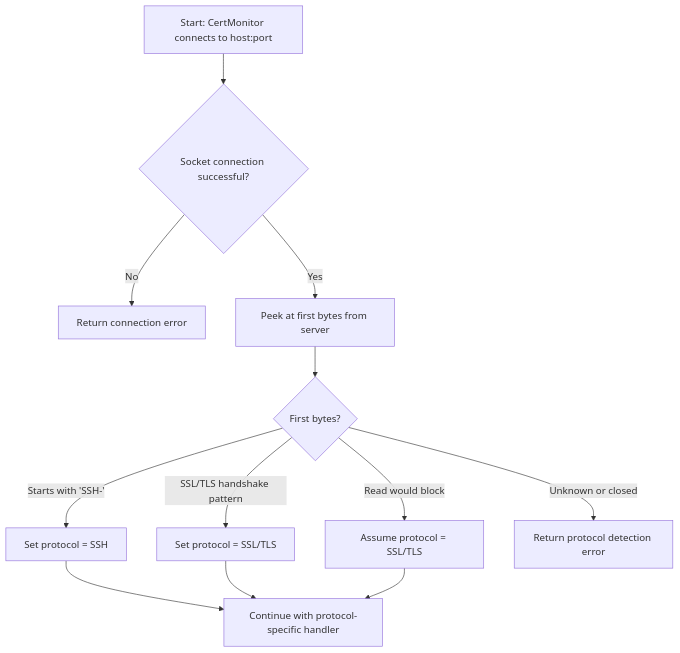
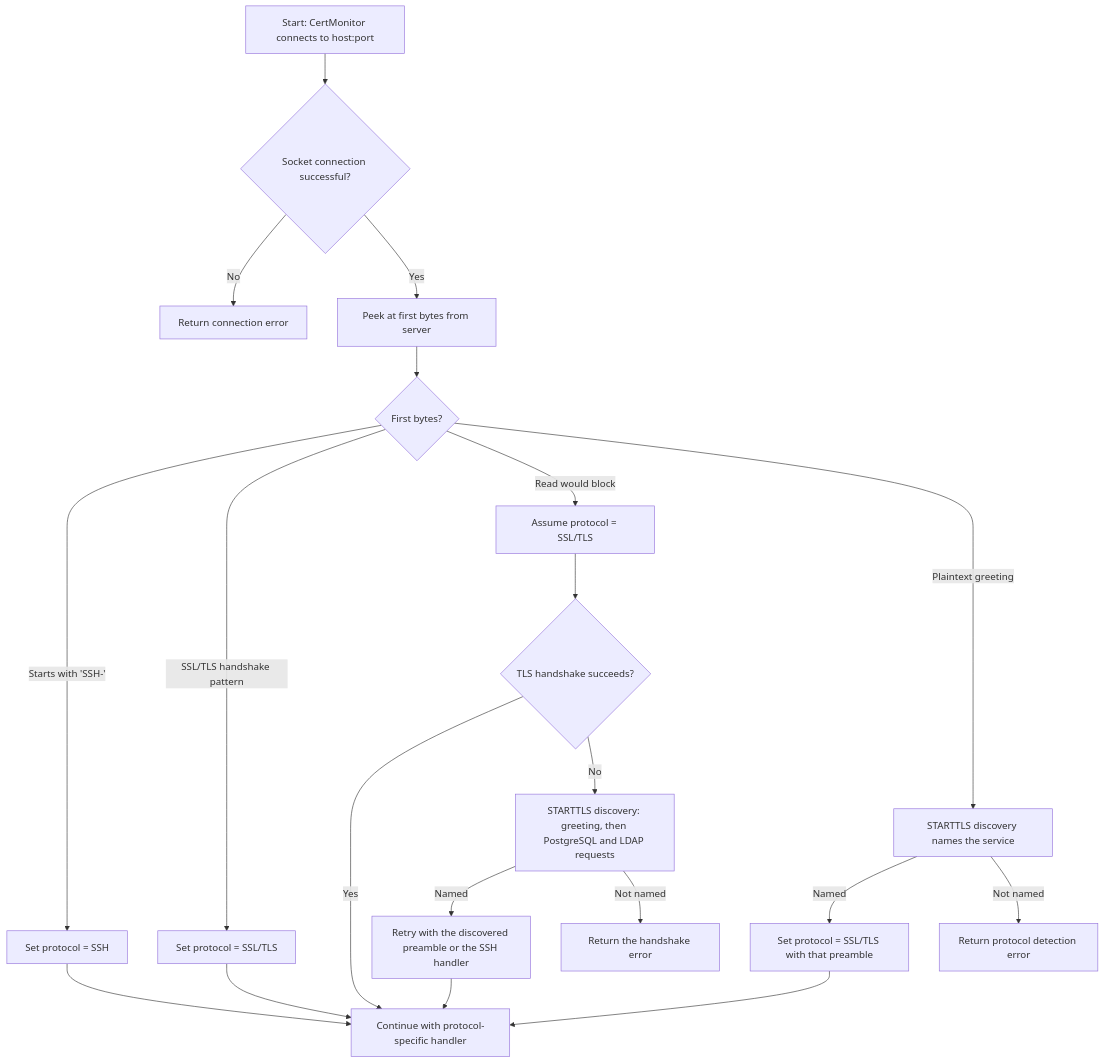
The first of 2 diagrams in docs/usage/protocol.md (bradh11/certmonitor), drawn with Mermaid before and after one commit. The commit also changed other lines of this file and 11 other files, not shown here.

````diff
--- a/docs/usage/protocol.md
+++ b/docs/usage/protocol.md
@@ -26,12 +31,19 @@
 ```mermaid
 flowchart TD
     A[Start: CertMonitor connects to host:port] --> B{Socket connection successful?}
     B -- No --> E[Return connection error]
     B -- Yes --> C[Peek at first bytes from server]
     C --> D{First bytes?}
     D -- Starts with 'SSH-' --> F[Set protocol = SSH]
     D -- SSL/TLS handshake pattern --> G[Set protocol = SSL/TLS]
     D -- Read would block --> H[Assume protocol = SSL/TLS]
-    D -- Unknown or closed --> I[Return protocol detection error]
-    F & G & H --> J[Continue with protocol-specific handler]
+    D -- Plaintext greeting --> K[STARTTLS discovery names the service]
+    K -- Named --> L[Set protocol = SSL/TLS with that preamble]
+    K -- Not named --> I[Return protocol detection error]
+    H --> M{TLS handshake succeeds?}
+    M -- Yes --> J[Continue with protocol-specific handler]
+    M -- No --> N[STARTTLS discovery: greeting, then PostgreSQL and LDAP requests]
+    N -- Named --> O[Retry with the discovered preamble or the SSH handler]
+    N -- Not named --> P[Return the handshake error]
+    F & G & L & O --> J
 ```
````
